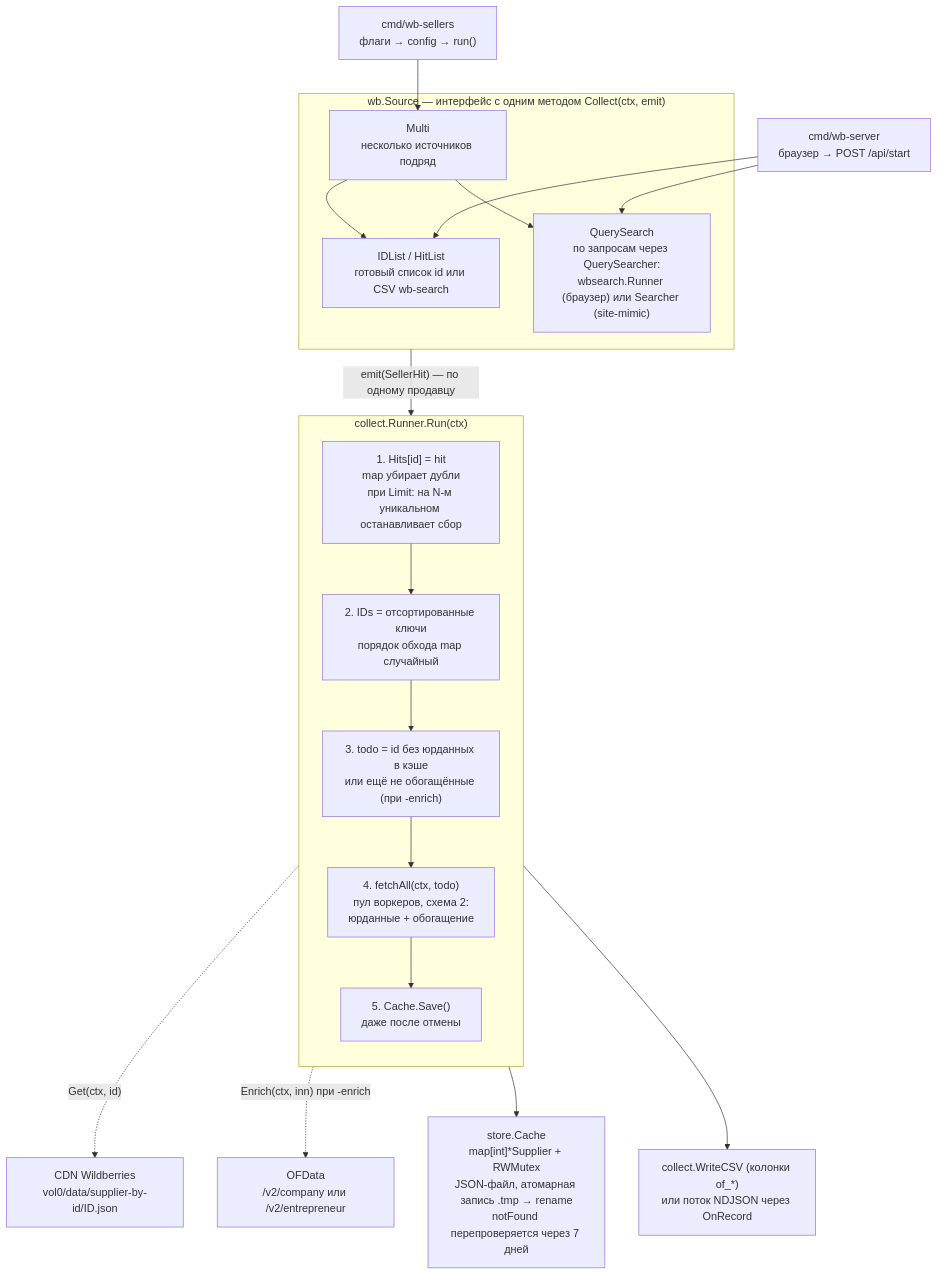
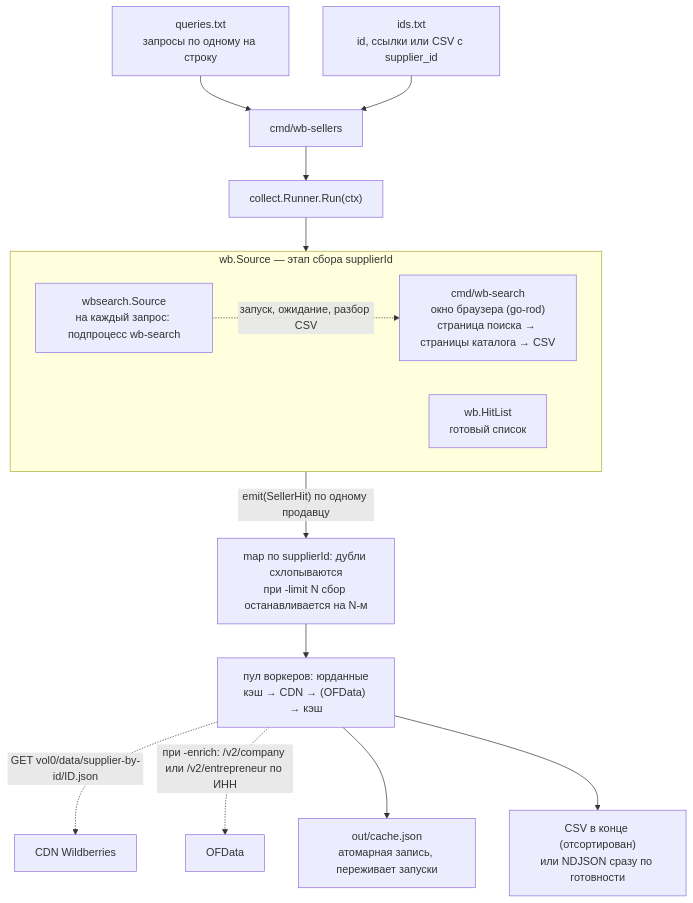
Before and after one commit to OkaneKatsuro/go-wb: the first of 4 diagrams in README.md, drawn with Mermaid. The commit also changed other lines of this file and 19 other files, not shown here.

First line of the commit message:
Оставить только процесс «запрос → продавцы → юрданные»

````diff
--- a/README.md
+++ b/README.md
@@ -66,34 +58,21 @@
 ```mermaid
 flowchart TD
-    CLI["cmd/wb-sellers<br/>флаги → config → run()"]
-    SRV["cmd/wb-server<br/>браузер → POST /api/start"]
+    Q["queries.txt<br/>запросы по одному на строку"] --> CLI["cmd/wb-sellers"]
+    I["ids.txt<br/>id, ссылки или CSV с supplier_id"] --> CLI
+    CLI --> RUN["collect.Runner.Run(ctx)"]
 
-    subgraph SOURCE["wb.Source — интерфейс с одним методом Collect(ctx, emit)"]
-        IDL["IDList / HitList<br/>готовый список id или CSV wb-search"]
-        QS["QuerySearch<br/>по запросам через QuerySearcher:<br/>wbsearch.Runner (браузер) или Searcher (site-mimic)"]
-        MULTI["Multi<br/>несколько источников подряд"]
+    subgraph SOURCE["wb.Source — этап сбора supplierId"]
+        WS["wbsearch.Source<br/>на каждый запрос: подпроцесс wb-search"]
+        BR["cmd/wb-search<br/>окно браузера (go-rod)<br/>страница поиска → страницы каталога → CSV"]
+        HL["wb.HitList<br/>готовый список"]
+        WS -. "запуск, ожидание, разбор CSV" .-> BR
     end
 
-    CLI --> MULTI
-    MULTI --> IDL
-    MULTI --> QS
-    SRV --> IDL
-    SRV --> QS
-
-    SOURCE -->|"emit(SellerHit) — по одному продавцу"| RUN
-
-    subgraph RUN["collect.Runner.Run(ctx)"]
-        direction TB
-        H["1. Hits[id] = hit<br/>map убирает дубли<br/>при Limit: на N-м уникальном останавливает сбор"]
-        I["2. IDs = отсортированные ключи<br/>порядок обхода map случайный"]
-        T["3. todo = id без юрданных в кэше<br/>или ещё не обогащённые (при -enrich)"]
-        F["4. fetchAll(ctx, todo)<br/>пул воркеров, схема 2:<br/>юрданные + обогащение"]
-        S["5. Cache.Save()<br/>даже после отмены"]
-        H --> I --> T --> F --> S
-    end
-
-    RUN --> CACHE["store.Cache<br/>map[int]*Supplier + RWMutex<br/>JSON-файл, атомарная запись .tmp → rename<br/>notFound перепроверяется через 7 дней"]
-    RUN --> CSV["collect.WriteCSV (колонки of_*)<br/>или поток NDJSON через OnRecord"]
-    F -.->|"Get(ctx, id)"| CDN["CDN Wildberries<br/>vol0/data/supplier-by-id/ID.json"]
-    F -.->|"Enrich(ctx, inn) при -enrich"| OFD["OFData<br/>/v2/company или /v2/entrepreneur"]
+    RUN --> SOURCE
+    SOURCE -->|"emit(SellerHit) по одному продавцу"| DEDUP["map по supplierId: дубли схлопываются<br/>при -limit N сбор останавливается на N-м"]
+    DEDUP --> POOL["пул воркеров: юрданные<br/>кэш → CDN → (OFData) → кэш"]
+    POOL -.->|"GET vol0/data/supplier-by-id/ID.json"| CDN["CDN Wildberries"]
+    POOL -.->|"при -enrich: /v2/company или /v2/entrepreneur по ИНН"| OFD["OFData"]
+    POOL --> CACHE["out/cache.json<br/>атомарная запись, переживает запуски"]
+    POOL --> OUT["CSV в конце (отсортирован)<br/>или NDJSON сразу по готовности"]
 ```
````
